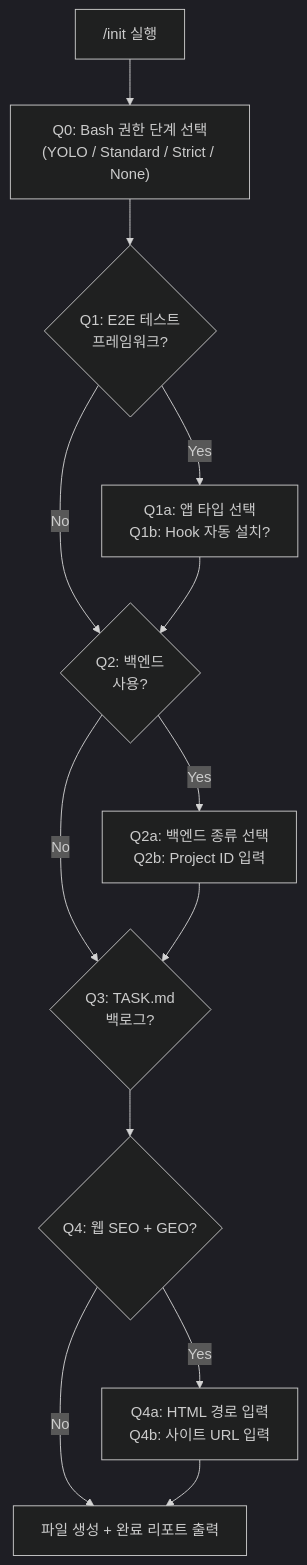
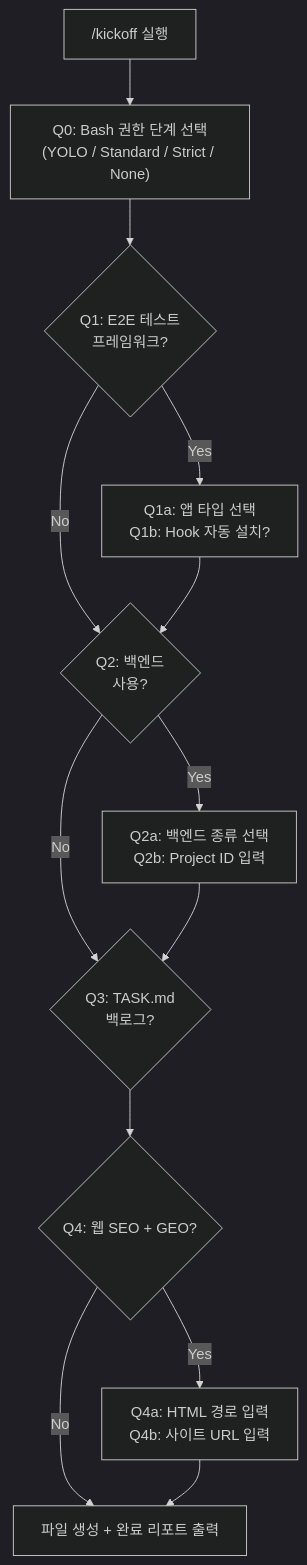
One commit to seungjaeyuu/claude-project-bootstrap changed the second of 3 diagrams in README.md. Above: the diagram before and after it, drawn with Mermaid (dark theme). The commit also changed other lines of this file and 12 other files, not shown here.

Commit message:
refactor: update all /init and init-project references to /kickoff

````diff
--- a/README.md
+++ b/README.md
@@ -92,15 +91,15 @@
 ```mermaid
 flowchart TD
-    INIT["/init 실행"] --> Q0["Q0: Bash 권한 단계 선택<br>(YOLO / Standard / Strict / None)"]
+    INIT["/kickoff 실행"] --> Q0["Q0: Bash 권한 단계 선택<br>(YOLO / Standard / Strict / None)"]
     Q0 --> Q1{"Q1: E2E 테스트<br>프레임워크?"}
     Q1 -->|Yes| Q1S["Q1a: 앱 타입 선택<br>Q1b: Hook 자동 설치?"]
     Q1 -->|No| Q2
     Q1S --> Q2{"Q2: 백엔드<br>사용?"}
     Q2 -->|Yes| Q2S["Q2a: 백엔드 종류 선택<br>Q2b: Project ID 입력"]
     Q2 -->|No| Q3
     Q2S --> Q3{"Q3: TASK.md<br>백로그?"}
     Q3 --> Q4{"Q4: 웹 SEO + GEO?"}
     Q4 -->|Yes| Q4S["Q4a: HTML 경로 입력<br>Q4b: 사이트 URL 입력"]
     Q4 -->|No| GEN
     Q4S --> GEN["파일 생성 + 완료 리포트 출력"]
 ```
````
